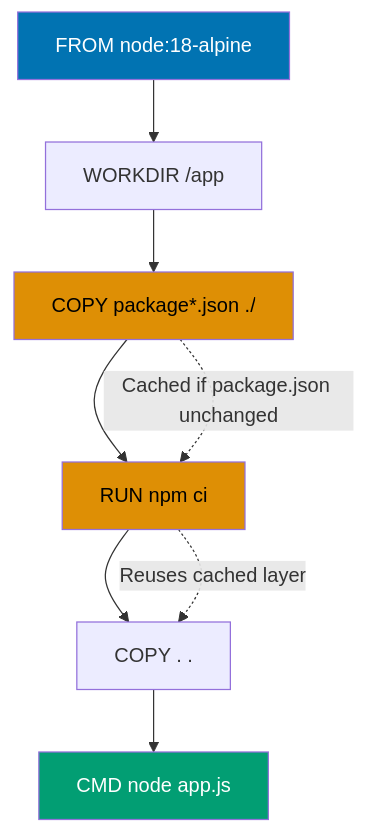
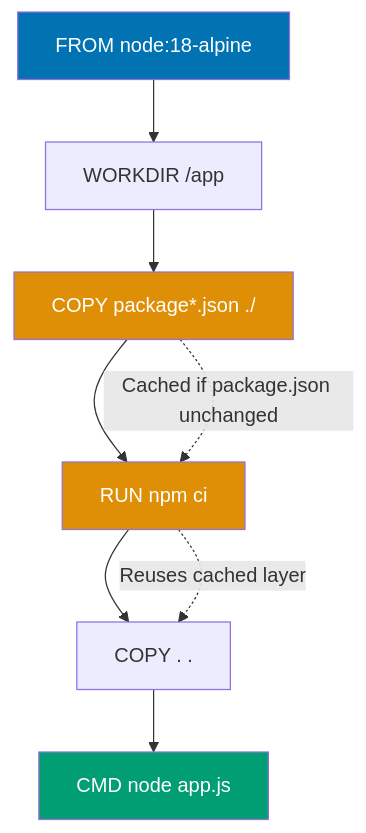
The first of 8 diagrams in apps/ayokoding-web/content/en/learn/software-engineering/infrastructure/tools/docker/by-example/beginner.md (wahidyankf/open-sharia-enterprise), drawn with Mermaid before and after one commit. The commit also changed other lines of this file and 61 other files, not shown here.

First line of the commit message:
fix(ayokoding-web): quote Mermaid node labels with special characters in Example 63

````diff
--- a/apps/ayokoding-web/content/en/learn/software-engineering/infrastructure/tools/docker/by-example/beginner.md
+++ b/apps/ayokoding-web/content/en/learn/software-engineering/infrastructure/tools/docker/by-example/beginner.md
@@ -160,16 +160,16 @@
 ```mermaid
 graph TD
     A["FROM node:18-alpine"] --> B["WORKDIR /app"]
     B --> C["COPY package*.json ./"]
     C --> D["RUN npm ci"]
     D --> E["COPY . ."]
     E --> F["CMD node app.js"]
 
     C -.->|Cached if package.json unchanged| D
     D -.->|Reuses cached layer| E
 
     style A fill:#0173B2,color:#fff
-    style C fill:#DE8F05,color:#000
-    style D fill:#DE8F05,color:#000
+    style C fill:#DE8F05,color:#fff
+    style D fill:#DE8F05,color:#fff
     style F fill:#029E73,color:#fff
 ```
````
